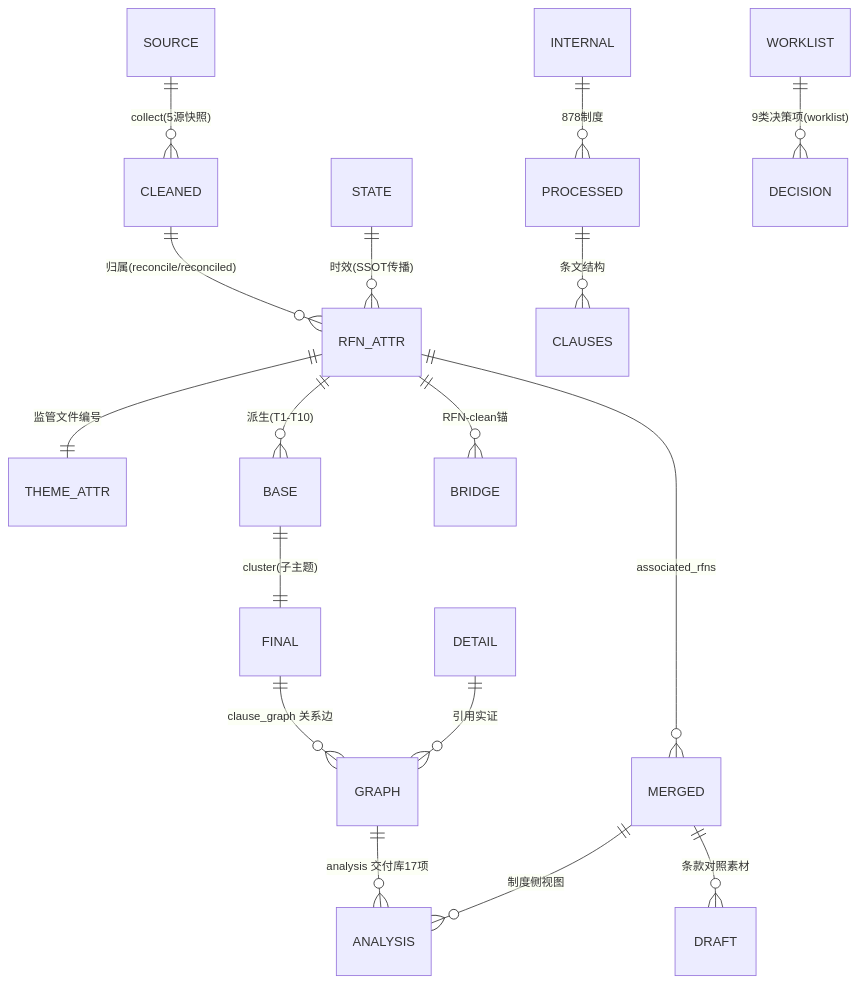
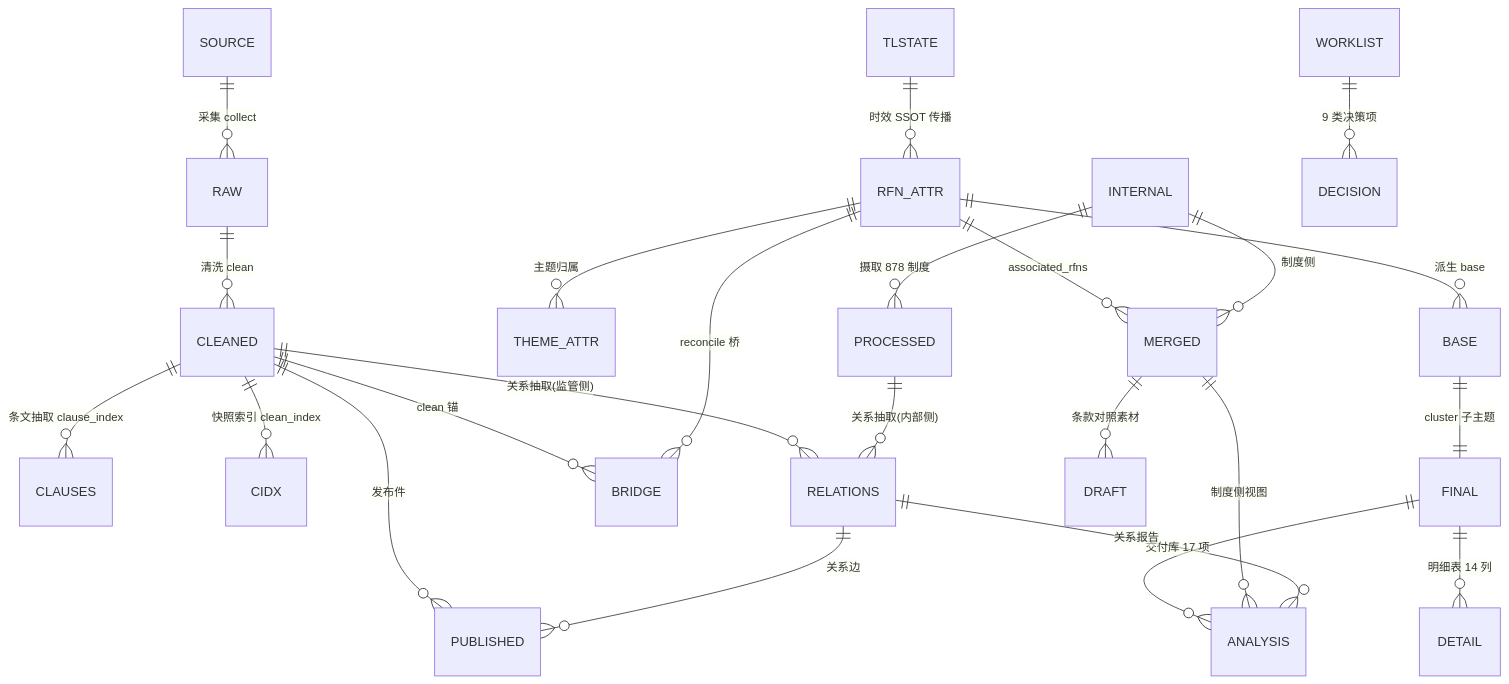
One commit to wangtierui/orchestrator changed the first of 2 diagrams in README.md. Above: the diagram before and after it, drawn with Mermaid. The commit also changed other lines of this file, not shown here.

First line of the commit message:
docs(readme): 修正实体关系图与数据流程图，与 v2 重构后事实一致

````diff
--- a/README.md
+++ b/README.md
@@ -141,19 +141,26 @@
 ```mermaid
 erDiagram
-    SOURCE ||--o{ CLEANED : "collect(5源快照)"
-    CLEANED ||--o{ RFN_ATTR : "归属(reconcile/reconciled)"
-    RFN_ATTR ||--|| THEME_ATTR : "监管文件编号"
-    RFN_ATTR ||--o{ BASE : "派生(T1-T10)"
-    BASE ||--|| FINAL : "cluster(子主题)"
-    RFN_ATTR ||--o{ BRIDGE : "RFN-clean锚"
-    STATE ||--o{ RFN_ATTR : "时效(SSOT传播)"
-    INTERNAL ||--o{ PROCESSED : "878制度"
-    PROCESSED ||--o{ CLAUSES : "条文结构"
+    SOURCE ||--o{ RAW : "采集 collect"
+    RAW ||--o{ CLEANED : "清洗 clean"
+    CLEANED ||--o{ CLAUSES : "条文抽取 clause_index"
+    CLEANED ||--o{ CIDX : "快照索引 clean_index"
+    TLSTATE ||--o{ RFN_ATTR : "时效 SSOT 传播"
+    RFN_ATTR ||--o{ THEME_ATTR : "主题归属"
+    RFN_ATTR ||--o{ BASE : "派生 base"
+    BASE ||--|| FINAL : "cluster 子主题"
+    FINAL ||--o{ DETAIL : "明细表 14 列"
+    CLEANED ||--o{ BRIDGE : "clean 锚"
+    RFN_ATTR ||--o{ BRIDGE : "reconcile 桥"
+    CLEANED ||--o{ RELATIONS : "关系抽取(监管侧)"
+    INTERNAL ||--o{ PROCESSED : "摄取 878 制度"
+    PROCESSED ||--o{ RELATIONS : "关系抽取(内部侧)"
     RFN_ATTR ||--o{ MERGED : "associated_rfns"
+    INTERNAL ||--o{ MERGED : "制度侧"
     MERGED ||--o{ DRAFT : "条款对照素材"
-    FINAL ||--o{ GRAPH : "clause_graph 关系边"
-    DETAIL ||--o{ GRAPH : "引用实证"
-    GRAPH ||--o{ ANALYSIS : "analysis 交付库17项"
+    CLEANED ||--o{ PUBLISHED : "发布件"
+    RELATIONS ||--o{ PUBLISHED : "关系边"
+    FINAL ||--o{ ANALYSIS : "交付库 17 项"
     MERGED ||--o{ ANALYSIS : "制度侧视图"
-    WORKLIST ||--o{ DECISION : "9类决策项(worklist)"
+    RELATIONS ||--o{ ANALYSIS : "关系报告"
+    WORKLIST ||--o{ DECISION : "9 类决策项"
 ```
````
